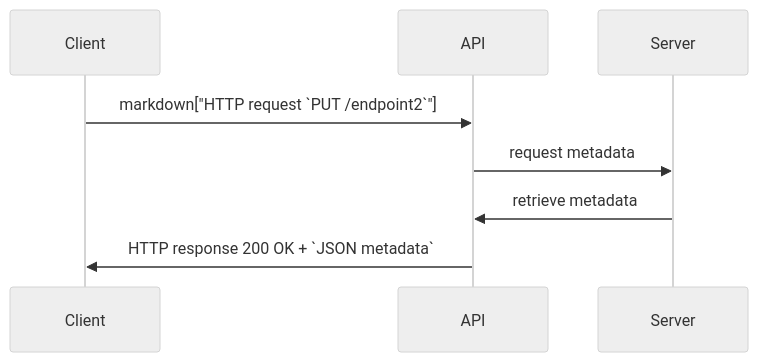
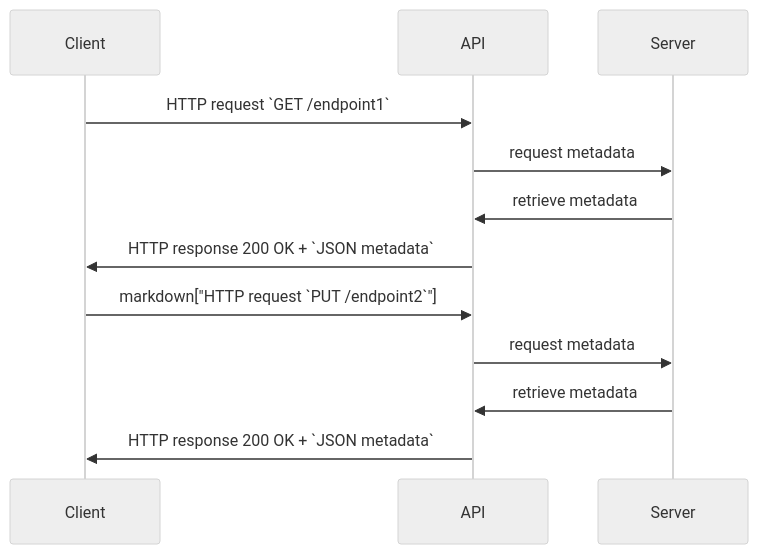
Before and after one commit to tplisson/api-overview: the fifth of 5 diagrams in README.md, drawn with Mermaid (neutral theme).

Commit message:
2023-07-28

````diff
--- a/README.md
+++ b/README.md
@@ -53,7 +45,12 @@
 ```mermaid
 sequenceDiagram;
+    Client ->> API: HTTP request `GET /endpoint1`
+    API ->> Server: request metadata
+    Server ->> API: retrieve metadata
+    API ->> Client: HTTP response 200 OK + `JSON metadata`
+
     Client ->> API: markdown["HTTP request `PUT /endpoint2`"]
     API ->> Server: request metadata
     Server ->> API: retrieve metadata
     API ->> Client: HTTP response 200 OK + `JSON metadata`
 ```
````
